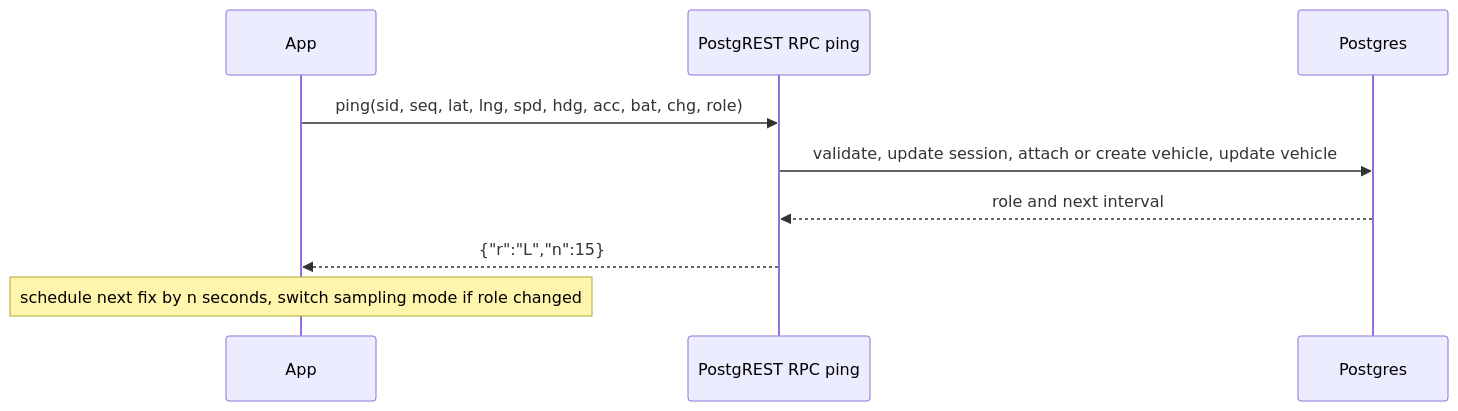
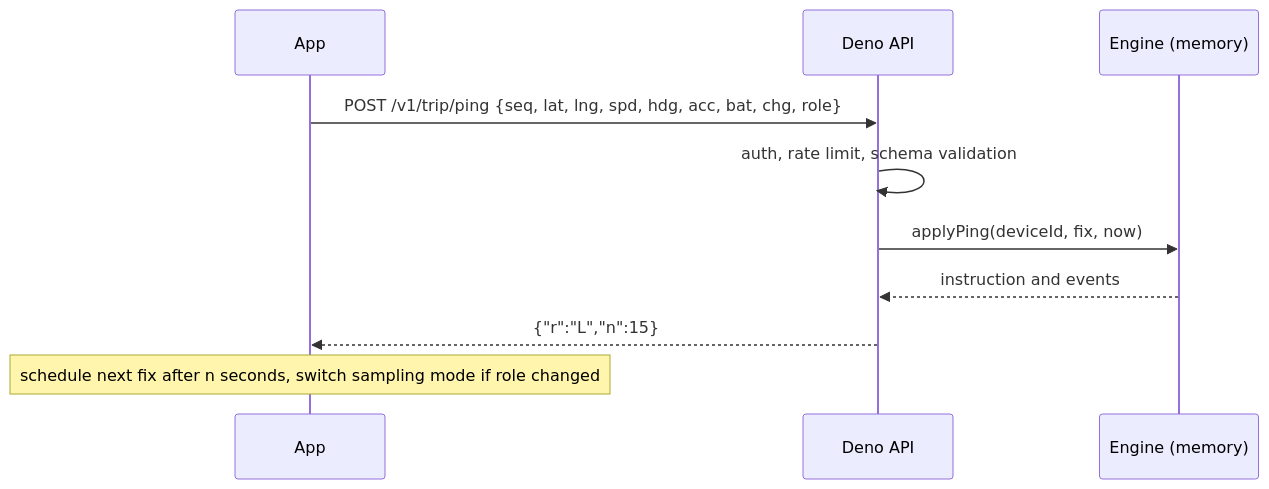
One commit to EduLGFon/pontual-bus-tracking-app changed the second of 3 diagrams in PLAN.md. Above: the diagram before and after it, drawn with Mermaid. The commit also changed other lines of this file, not shown here.

````diff
--- a/PLAN.md
+++ b/PLAN.md
@@ -312,11 +327,12 @@
 ```mermaid
 sequenceDiagram
   participant App
-  participant API as PostgREST RPC ping
-  participant DB as Postgres
-  App->>API: ping(sid, seq, lat, lng, spd, hdg, acc, bat, chg, role)
-  API->>DB: validate, update session, attach or create vehicle, update vehicle
-  DB-->>API: role and next interval
+  participant API as Deno API
+  participant ENG as Engine (memory)
+  App->>API: POST /v1/trip/ping {seq, lat, lng, spd, hdg, acc, bat, chg, role}
+  API->>API: auth, rate limit, schema validation
+  API->>ENG: applyPing(deviceId, fix, now)
+  ENG-->>API: instruction and events
   API-->>App: {"r":"L","n":15}
-  Note over App: schedule next fix by n seconds, switch sampling mode if role changed
+  Note over App: schedule next fix after n seconds, switch sampling mode if role changed
 ```
````
